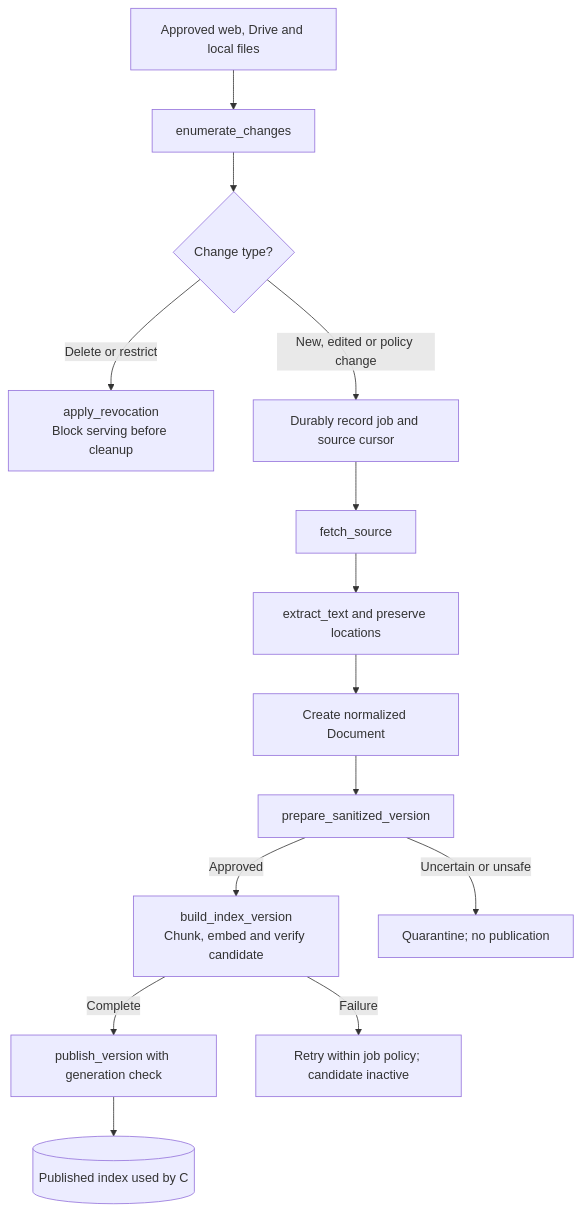
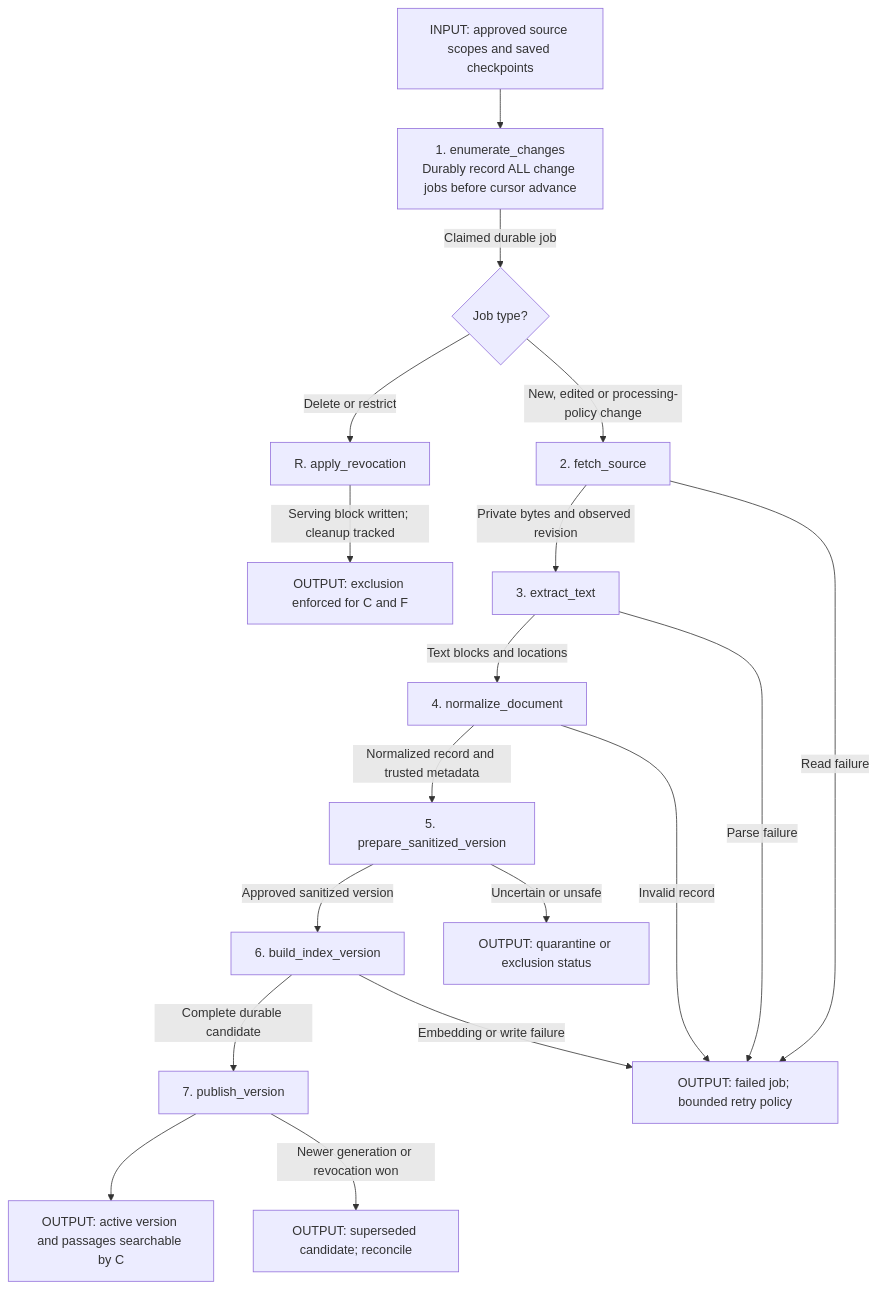
The tenth of 10 diagrams in docs/architecture/low-level-design.md (piyushmaps/interview_proj), drawn with Mermaid before and after one commit. The commit also changed other lines of this file, not shown here.

````diff
--- a/docs/architecture/low-level-design.md
+++ b/docs/architecture/low-level-design.md
@@ -902,16 +1023,20 @@
 ```mermaid
 flowchart TD
-    SOURCE[Approved web, Drive and local files] --> ENUM[enumerate_changes]
-    ENUM --> CHANGE{Change type?}
-    CHANGE -->|Delete or restrict| REVOKE[apply_revocation<br/>Block serving before cleanup]
-    CHANGE -->|New, edited or policy change| JOB[Durably record job and source cursor]
-    JOB --> FETCH[fetch_source]
-    FETCH --> EXTRACT[extract_text and preserve locations]
-    EXTRACT --> NORMAL[Create normalized Document]
-    NORMAL --> SCREEN[prepare_sanitized_version]
-    SCREEN -->|Approved| BUILD[build_index_version<br/>Chunk, embed and verify candidate]
-    SCREEN -->|Uncertain or unsafe| HOLD[Quarantine; no publication]
-    BUILD -->|Complete| PUB[publish_version with generation check]
-    BUILD -->|Failure| RETRY[Retry within job policy; candidate inactive]
-    PUB --> IDX[(Published index used by C)]
+    IN[INPUT: approved source scopes and saved checkpoints] --> ENUM[1. enumerate_changes<br/>Durably record ALL change jobs before cursor advance]
+    ENUM -->|Claimed durable job| TYPE{Job type?}
+    TYPE -->|Delete or restrict| REV[R. apply_revocation]
+    REV -->|Serving block written; cleanup tracked| BLOCKED[OUTPUT: exclusion enforced for C and F]
+    TYPE -->|New, edited or processing-policy change| FETCH[2. fetch_source]
+    FETCH -->|Private bytes and observed revision| EXTRACT[3. extract_text]
+    EXTRACT -->|Text blocks and locations| NORMAL[4. normalize_document]
+    NORMAL -->|Normalized record and trusted metadata| SAFE[5. prepare_sanitized_version]
+    SAFE -->|Approved sanitized version| BUILD[6. build_index_version]
+    BUILD -->|Complete durable candidate| PUB[7. publish_version]
+    PUB --> OUT[OUTPUT: active version and passages searchable by C]
+    SAFE -->|Uncertain or unsafe| HOLD[OUTPUT: quarantine or exclusion status]
+    FETCH -->|Read failure| FAIL[OUTPUT: failed job; bounded retry policy]
+    EXTRACT -->|Parse failure| FAIL
+    NORMAL -->|Invalid record| FAIL
+    BUILD -->|Embedding or write failure| FAIL
+    PUB -->|Newer generation or revocation won| SUPER[OUTPUT: superseded candidate; reconcile]
 ```
````
